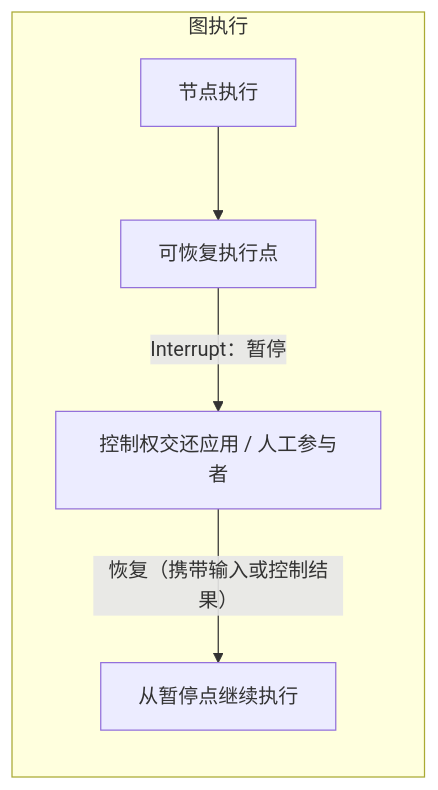
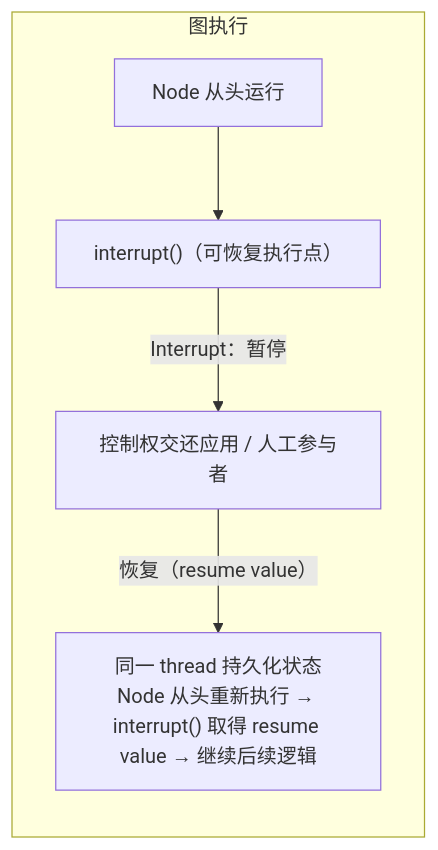
Before and after one commit to AnRun-M/enterprise-ai-agent-handbook: the first of 3 diagrams in docs/03-langgraph-core/ch15-interrupt.md, drawn with Mermaid. The commit also changed other lines of this file and 2 other files, not shown here.

Commit message:
docs: refine interrupt resume and lifecycle boundaries

````diff
--- a/docs/03-langgraph-core/ch15-interrupt.md
+++ b/docs/03-langgraph-core/ch15-interrupt.md
@@ -30,8 +32,8 @@
 ```mermaid
 flowchart LR
     subgraph EXEC["图执行"]
-        N1["节点执行"] --> P["可恢复执行点"]
+        N1["Node 从头运行"] --> P["interrupt()（可恢复执行点）"]
         P -->|"Interrupt：暂停"| OUT["控制权交还应用 / 人工参与者"]
-        OUT -->|"恢复（携带输入或控制结果）"| N2["从暂停点继续执行"]
+        OUT -->|"恢复（resume value）"| N2["同一 thread 持久化状态\nNode 从头重新执行 → interrupt() 取得 resume value → 继续后续逻辑"]
     end
 ```
````
